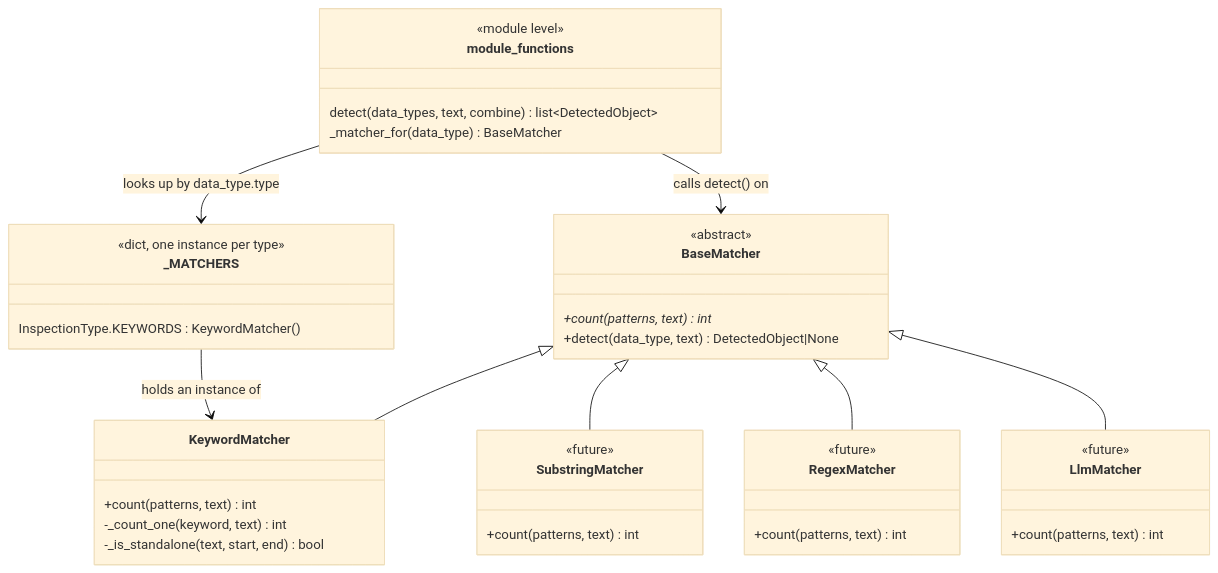
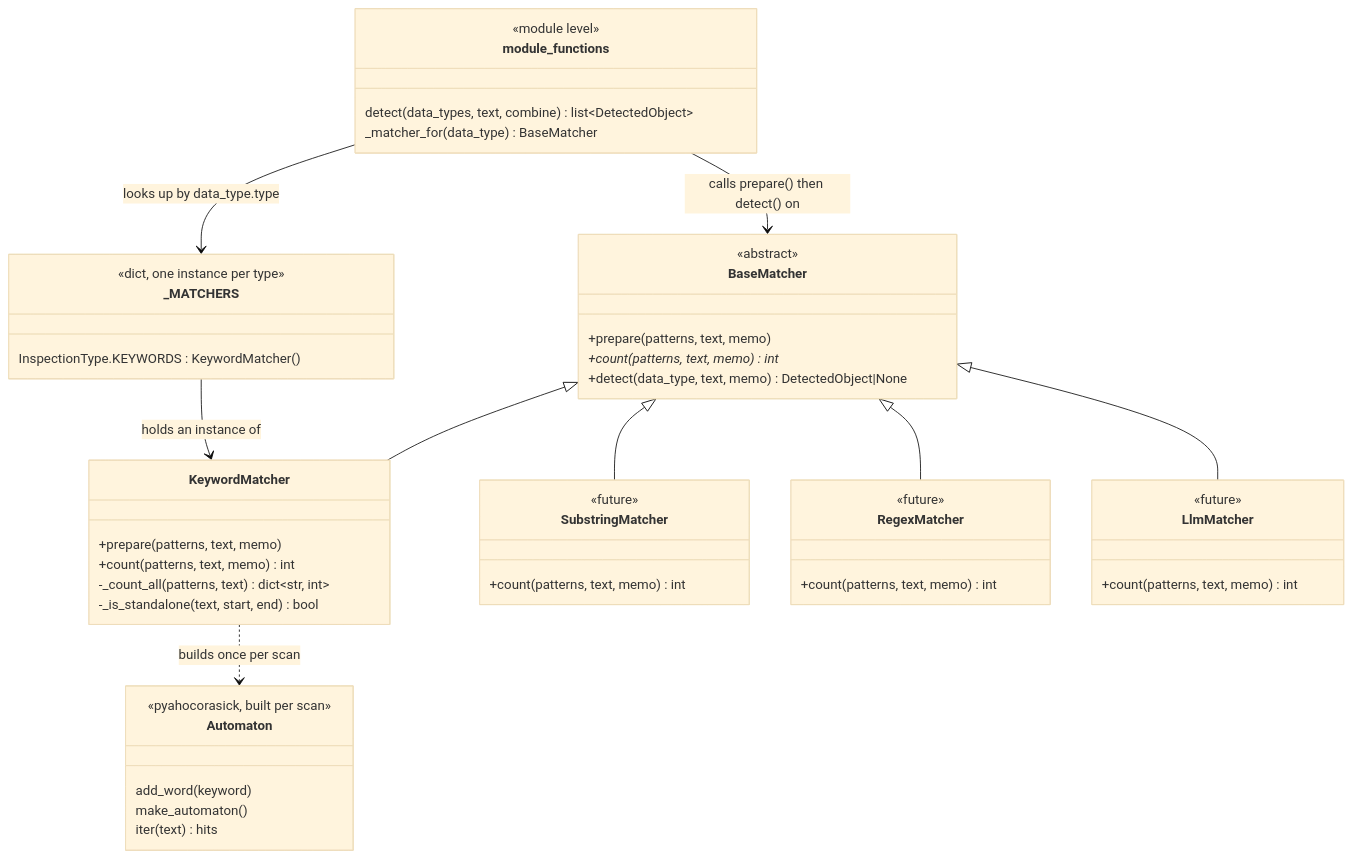
Diagram 18 of 19 in docs/ARCHITECTURE.md (dolevol/data_leak_prevention), drawn with Mermaid (base theme) before and after one commit. The commit also changed other lines of this file and 6 other files, not shown here.

First line of the commit message:
Match keywords with Aho-Corasick in a single pass per scan

````diff
--- a/docs/ARCHITECTURE.md
+++ b/docs/ARCHITECTURE.md
@@ -553,42 +553,51 @@
 ```mermaid
 classDiagram
     class BaseMatcher {
         <<abstract>>
-        +count(patterns, text) int*
-        +detect(data_type, text) DetectedObject|None
+        +prepare(patterns, text, memo)
+        +count(patterns, text, memo) int*
+        +detect(data_type, text, memo) DetectedObject|None
     }
     class KeywordMatcher {
-        +count(patterns, text) int
-        -_count_one(keyword, text) int
+        +prepare(patterns, text, memo)
+        +count(patterns, text, memo) int
+        -_count_all(patterns, text) dict~str, int~
         -_is_standalone(text, start, end) bool
+    }
+    class Automaton {
+        <<pyahocorasick, built per scan>>
+        add_word(keyword)
+        make_automaton()
+        iter(text) hits
     }
     class SubstringMatcher {
         <<future>>
-        +count(patterns, text) int
+        +count(patterns, text, memo) int
     }
     class RegexMatcher {
         <<future>>
-        +count(patterns, text) int
+        +count(patterns, text, memo) int
     }
     class LlmMatcher {
         <<future>>
-        +count(patterns, text) int
+        +count(patterns, text, memo) int
     }
     class _MATCHERS {
         <<dict, one instance per type>>
         InspectionType.KEYWORDS : KeywordMatcher()
     }
     class module_functions {
         <<module level>>
         detect(data_types, text, combine) list~DetectedObject~
         _matcher_for(data_type) BaseMatcher
     }
 
     BaseMatcher <|-- KeywordMatcher
+    KeywordMatcher ..> Automaton : builds once per scan
     BaseMatcher <|-- SubstringMatcher
     BaseMatcher <|-- RegexMatcher
     BaseMatcher <|-- LlmMatcher
     _MATCHERS --> KeywordMatcher : holds an instance of
     module_functions --> _MATCHERS : looks up by data_type.type
-    module_functions --> BaseMatcher : calls detect() on
+    module_functions --> BaseMatcher : calls prepare() then detect() on
 ```
````
